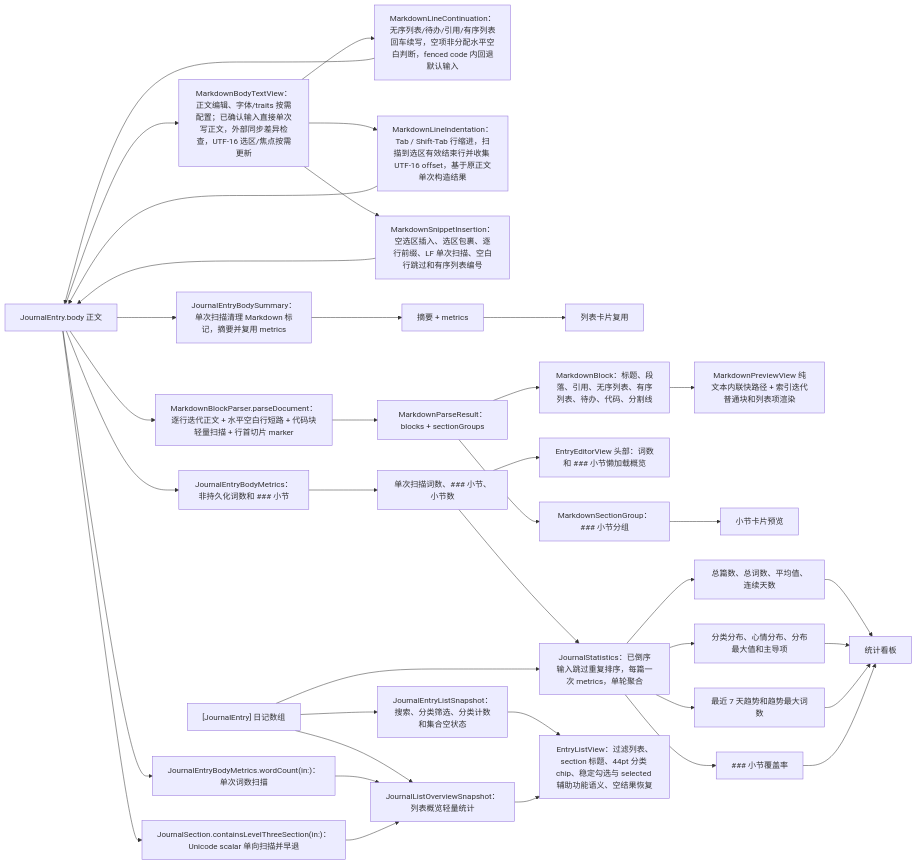
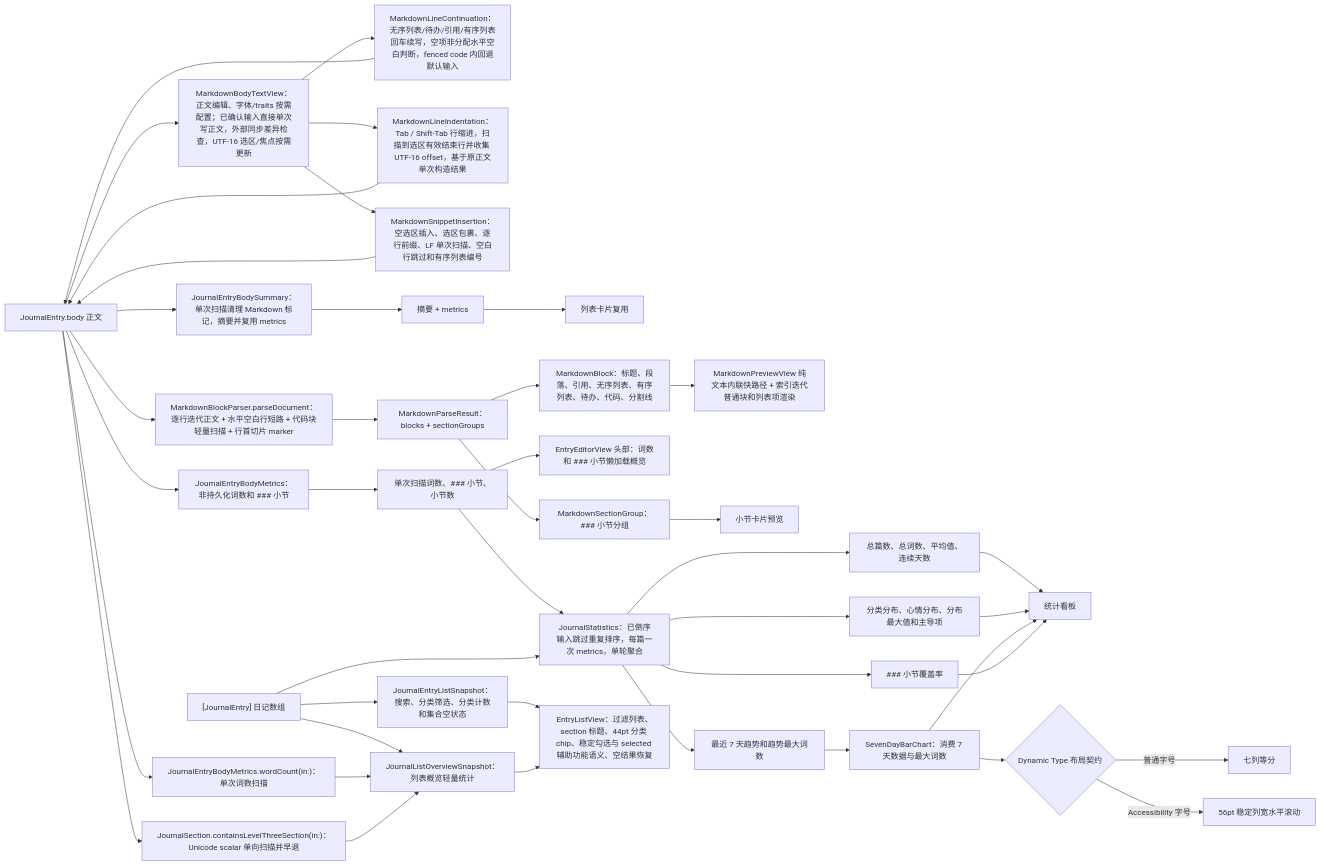
Before and after one commit to Altman-sam114/117: the fourth of 6 diagrams in md/flow/flowchart.md, drawn with Mermaid. The commit also changed other lines of this file and 8 other files, not shown here.

````diff
--- a/md/flow/flowchart.md
+++ b/md/flow/flowchart.md
@@ -131,40 +134,44 @@
 ```mermaid
 flowchart LR
   Body["JournalEntry.body 正文"] --> MetricsNode2["JournalEntryBodyMetrics：非持久化词数和 ### 小节"]
   Body --> OverviewWordCount["JournalEntryBodyMetrics.wordCount(in:)：单次词数扫描"]
   Body --> SectionPresence2["JournalSection.containsLevelThreeSection(in:)：Unicode scalar 单向扫描并早退"]
   Body --> Summary["JournalEntryBodySummary：单次扫描清理 Markdown 标记，摘要并复用 metrics"]
   Body --> BodyText["MarkdownBodyTextView：正文编辑、字体/traits 按需配置；已确认输入直接单次写正文，外部同步差异检查，UTF-16 选区/焦点按需更新"]
   BodyText --> ContinueRule["MarkdownLineContinuation：无序列表/待办/引用/有序列表回车续写，空项非分配水平空白判断，fenced code 内回退默认输入"]
   ContinueRule --> Body
   BodyText --> IndentRule["MarkdownLineIndentation：Tab / Shift-Tab 行缩进，扫描到选区有效结束行并收集 UTF-16 offset，基于原正文单次构造结果"]
   IndentRule --> Body
   BodyText --> InsertRule["MarkdownSnippetInsertion：空选区插入、选区包裹、逐行前缀、LF 单次扫描、空白行跳过和有序列表编号"]
   InsertRule --> Body
   MetricsNode2 --> MetricsData["单次扫描词数、### 小节、小节数"]
   Summary --> Excerpt["摘要 + metrics"]
   Excerpt --> RowEditor["列表卡片复用"]
   MetricsData --> Statistics["JournalStatistics：已倒序输入跳过重复排序，每篇一次 metrics，单轮聚合"]
   MetricsData --> EditorHeader["EntryEditorView 头部：词数和 ### 小节懒加载概览"]
   Body --> Parse["MarkdownBlockParser.parseDocument：逐行迭代正文 + 水平空白行短路 + 代码块轻量扫描 + 行首切片 marker"]
   Parse --> Result["MarkdownParseResult：blocks + sectionGroups"]
   Result --> Blocks["MarkdownBlock：标题、段落、引用、无序列表、有序列表、待办、代码、分割线"]
   Blocks --> Preview["MarkdownPreviewView 纯文本内联快路径 + 索引迭代普通块和列表项渲染"]
   Result --> Sections["MarkdownSectionGroup：### 小节分组"]
   Sections --> SectionPreview["小节卡片预览"]
   Entries["[JournalEntry] 日记数组"] --> Statistics
   Entries --> ListSnapshot2["JournalEntryListSnapshot：搜索、分类筛选、分类计数和集合空状态"]
   ListSnapshot2 --> ListView["EntryListView：过滤列表、section 标题、44pt 分类 chip、稳定勾选与 selected 辅助功能语义、空结果恢复"]
   Entries --> ListOverview2["JournalListOverviewSnapshot：列表概览轻量统计"]
   OverviewWordCount --> ListOverview2
   SectionPresence2 --> ListOverview2
   ListOverview2 --> ListView
   Statistics --> Metrics["总篇数、总词数、平均值、连续天数"]
   Statistics --> Distributions["分类分布、心情分布、分布最大值和主导项"]
   Statistics --> Trend["最近 7 天趋势和趋势最大词数"]
   Statistics --> Coverage["### 小节覆盖率"]
   Metrics --> Dashboard["统计看板"]
   Distributions --> Dashboard
-  Trend --> Dashboard
+  Trend --> TrendChart["SevenDayBarChart：消费 7 天数据与最大词数"]
+  TrendChart --> Dashboard
+  TrendChart --> TrendLayout2{"Dynamic Type 布局契约"}
+  TrendLayout2 -- "普通字号" --> EqualTrend2["七列等分"]
+  TrendLayout2 -- "Accessibility 字号" --> ScrollingTrend2["56pt 稳定列宽水平滚动"]
   Coverage --> Dashboard
 ```
````
